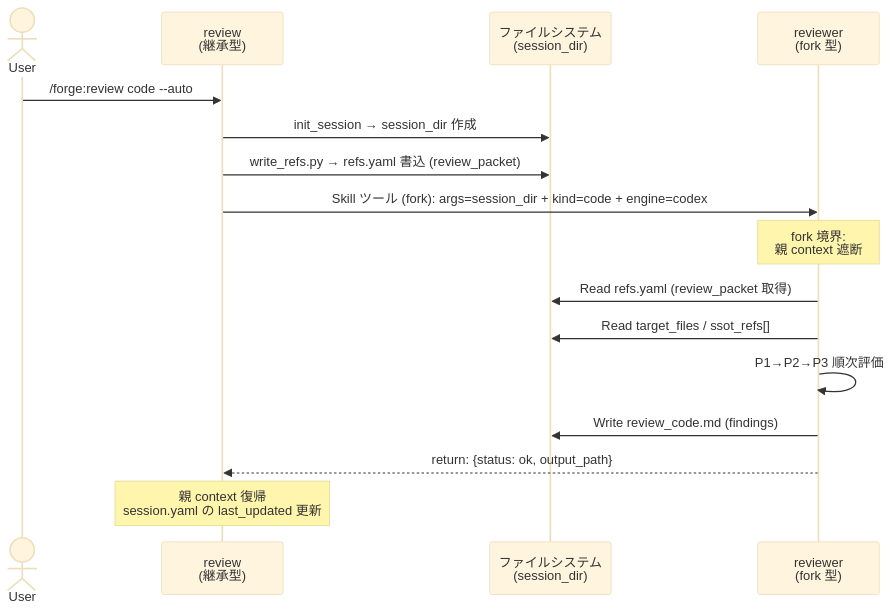
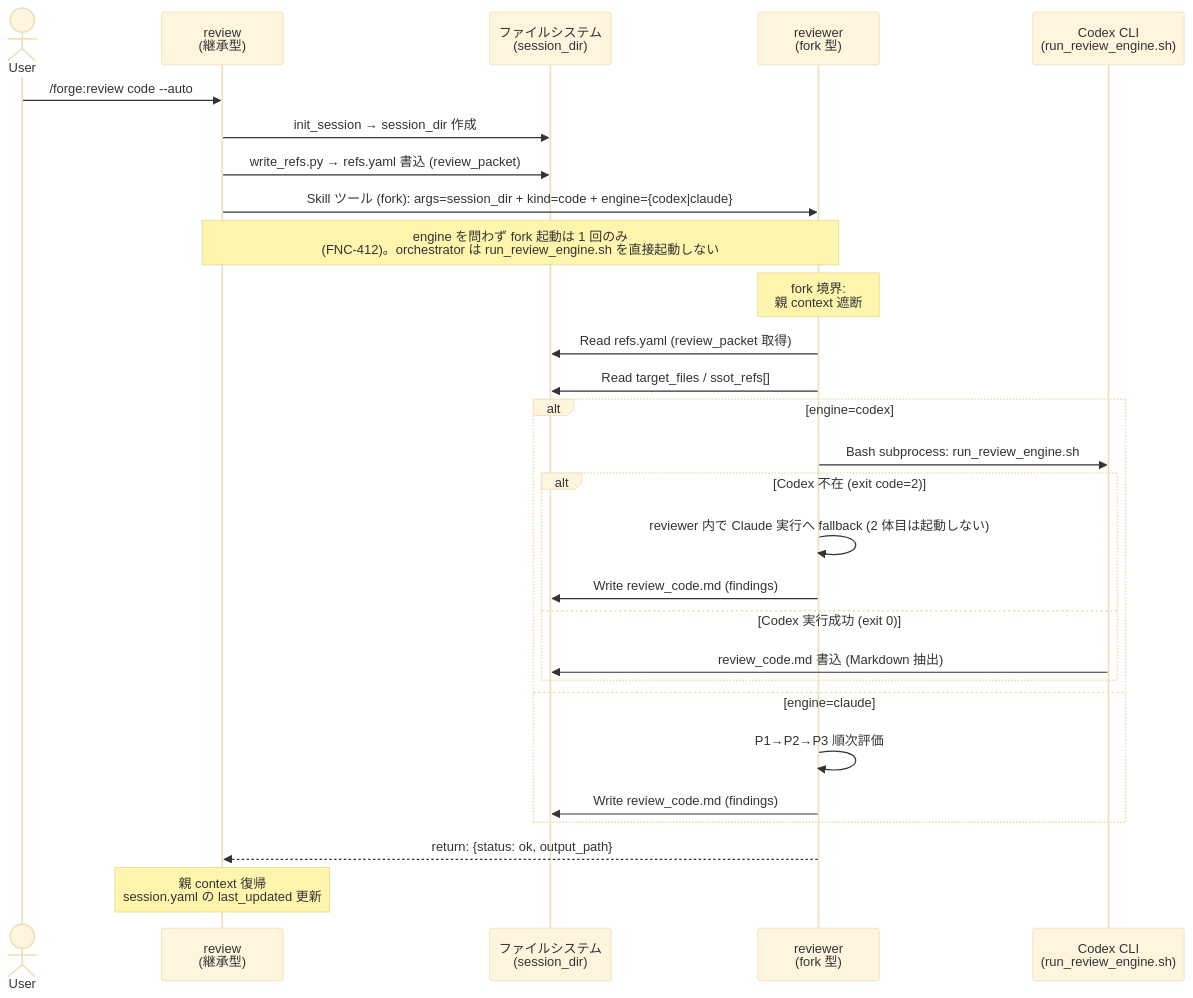
Before and after one commit to BlueEventHorizon/bw-cc-plugins: the third of 4 diagrams in docs/specs/forge/design/DES-029_skill_agent_launch_contract_design.md, drawn with Mermaid (base theme). The commit also changed 5 other files, not shown here.

First line of the commit message:
refactor(forge): review/reviewer の Codex 起動経路を reviewer fork に統一 (#101)

````diff
--- a/docs/specs/forge/design/DES-029_skill_agent_launch_contract_design.md
+++ b/docs/specs/forge/design/DES-029_skill_agent_launch_contract_design.md
@@ -206,19 +206,31 @@
 ```mermaid
 sequenceDiagram
     actor User
     participant Review as review<br/>(継承型)
     participant FS as ファイルシステム<br/>(session_dir)
     participant Reviewer as reviewer<br/>(fork 型)
+    participant Codex as Codex CLI<br/>(run_review_engine.sh)
 
     User->>Review: /forge:review code --auto
     Review->>FS: init_session → session_dir 作成
     Review->>FS: write_refs.py → refs.yaml 書込 (review_packet)
-    Review->>Reviewer: Skill ツール (fork): args=session_dir + kind=code + engine=codex
+    Review->>Reviewer: Skill ツール (fork): args=session_dir + kind=code + engine={codex|claude}
+    Note over Review,Reviewer: engine を問わず fork 起動は 1 回のみ<br/>(FNC-412)。orchestrator は run_review_engine.sh を直接起動しない
     Note over Reviewer: fork 境界:<br/>親 context 遮断
     Reviewer->>FS: Read refs.yaml (review_packet 取得)
     Reviewer->>FS: Read target_files / ssot_refs[]
-    Reviewer->>Reviewer: P1→P2→P3 順次評価
-    Reviewer->>FS: Write review_code.md (findings)
+    alt engine=codex
+        Reviewer->>Codex: Bash subprocess: run_review_engine.sh
+        alt Codex 不在 (exit code=2)
+            Reviewer->>Reviewer: reviewer 内で Claude 実行へ fallback (2 体目は起動しない)
+            Reviewer->>FS: Write review_code.md (findings)
+        else Codex 実行成功 (exit 0)
+            Codex->>FS: review_code.md 書込 (Markdown 抽出)
+        end
+    else engine=claude
+        Reviewer->>Reviewer: P1→P2→P3 順次評価
+        Reviewer->>FS: Write review_code.md (findings)
+    end
     Reviewer-->>Review: return: {status: ok, output_path}
     Note over Review: 親 context 復帰<br/>session.yaml の last_updated 更新
 ```
````
